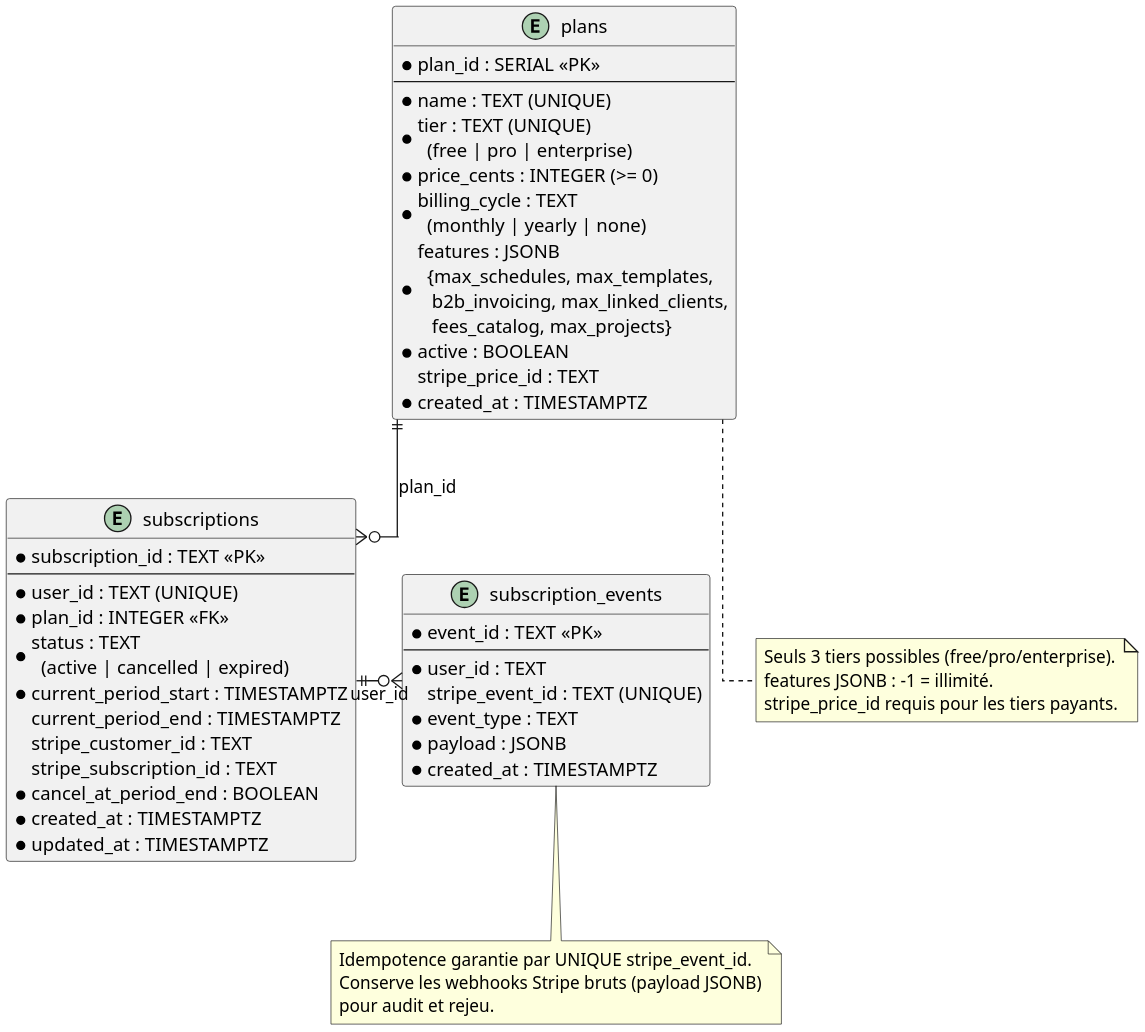
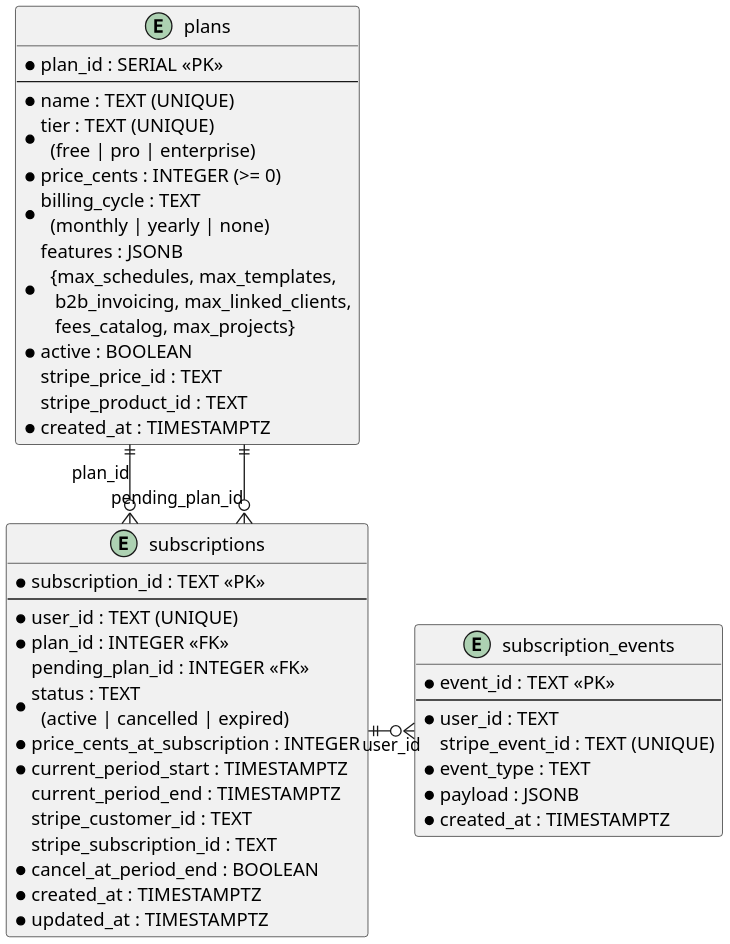
One commit to Jersey276/project-devis changed the diagram in docs/diagrams/mcd/subscription-db.puml. Above: the diagram before and after it, drawn with PlantUML. The commit also changed 52 other files, not shown here.

```diff
--- a/docs/diagrams/mcd/subscription-db.puml
+++ b/docs/diagrams/mcd/subscription-db.puml
@@ -1,70 +1,62 @@
 @startuml subscription-db
 ' MCD — Service Subscription (DB : subscription)
-' Date : 2026-06-28
+' Date : 2026-07-03
 
 skinparam linetype ortho
 hide empty methods
 
 ' Mise en page A4 portrait
 scale 2
 skinparam defaultFontSize 14
 skinparam EntityFontSize 14
 skinparam EntityHeaderFontSize 15
 skinparam EntityHeaderFontStyle bold
 skinparam noteFontSize 13
 skinparam ArrowFontSize 13
 
 entity "plans" as P {
   * plan_id : SERIAL <<PK>>
   --
   * name : TEXT (UNIQUE)
   * tier : TEXT (UNIQUE)\n  (free | pro | enterprise)
   * price_cents : INTEGER (>= 0)
   * billing_cycle : TEXT\n  (monthly | yearly | none)
   * features : JSONB\n  {max_schedules, max_templates,\n   b2b_invoicing, max_linked_clients,\n   fees_catalog, max_projects}
   * active : BOOLEAN
   stripe_price_id : TEXT
+  stripe_product_id : TEXT
   * created_at : TIMESTAMPTZ
 }
 
 entity "subscriptions" as S {
   * subscription_id : TEXT <<PK>>
   --
   * user_id : TEXT (UNIQUE)
   * plan_id : INTEGER <<FK>>
+  pending_plan_id : INTEGER <<FK>>
   * status : TEXT\n  (active | cancelled | expired)
+  * price_cents_at_subscription : INTEGER
   * current_period_start : TIMESTAMPTZ
   current_period_end : TIMESTAMPTZ
   stripe_customer_id : TEXT
   stripe_subscription_id : TEXT
   * cancel_at_period_end : BOOLEAN
   * created_at : TIMESTAMPTZ
   * updated_at : TIMESTAMPTZ
 }
 
 entity "subscription_events" as SE {
   * event_id : TEXT <<PK>>
   --
   * user_id : TEXT
   stripe_event_id : TEXT (UNIQUE)
   * event_type : TEXT
   * payload : JSONB
   * created_at : TIMESTAMPTZ
 }
 
 P ||-down-o{ S : "plan_id"
+P ||-down-o{ S : "pending_plan_id"
 S ||-right-o{ SE : "user_id"
 
-note bottom of P
-  Seuls 3 tiers possibles (free/pro/enterprise).
-  features JSONB : -1 = illimité.
-  stripe_price_id requis pour les tiers payants.
-end note
-
-note bottom of SE
-  Idempotence garantie par UNIQUE stripe_event_id.
-  Conserve les webhooks Stripe bruts (payload JSONB)
-  pour audit et rejeu.
-end note
-
 @enduml
```
